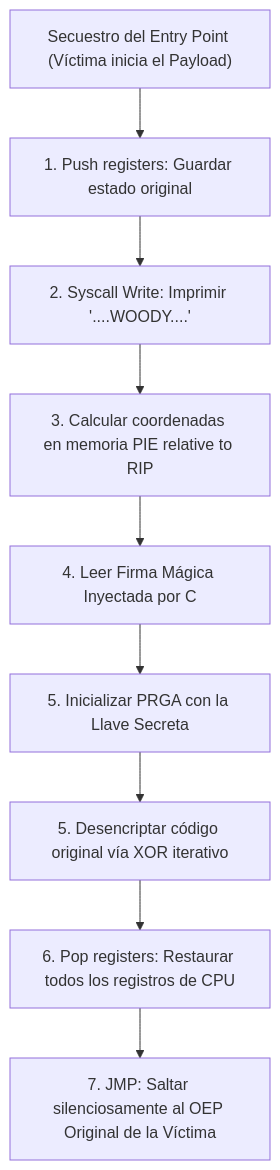
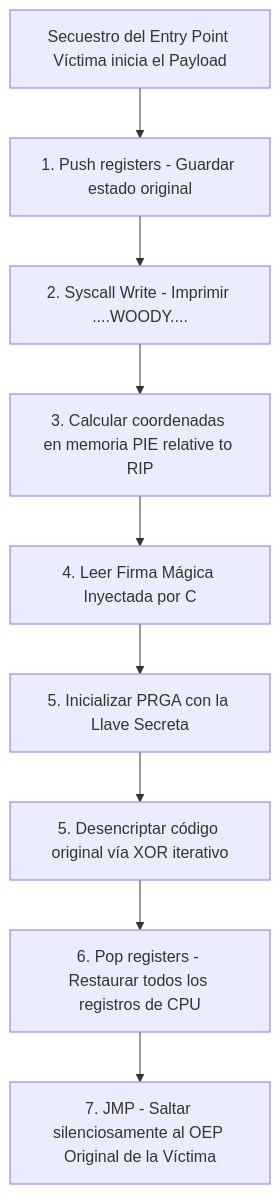
The diagram in code_asm.md (STC71/42_woody-woodpacker), drawn with Mermaid before and after one commit. The commit also changed 2 other files, not shown here.

Commit message:
docs: strictly sanitize mermaid node formatting to bypass GitHub diagram parser limits

````diff
--- a/code_asm.md
+++ b/code_asm.md
@@ -18,11 +18,11 @@
 ```mermaid
 graph TD
-    Start["Secuestro del Entry Point (Víctima inicia el Payload)"] --> A["1. Push registers: Guardar estado original"]
-    A --> B["2. Syscall Write: Imprimir '....WOODY....'"]
-    B --> C["3. Calcular coordenadas en memoria PIE relative to RIP"]
-    C --> D["4. Leer Firma Mágica Inyectada por C"]
-    D --> E["5. Inicializar PRGA con la Llave Secreta"]
-    E --> F["5. Desencriptar código original vía XOR iterativo"]
-    F --> G["6. Pop registers: Restaurar todos los registros de CPU"]
-    G --> H["7. JMP: Saltar silenciosamente al OEP Original de la Víctima"]
+    Start[Secuestro del Entry Point Víctima inicia el Payload] --> A[1. Push registers - Guardar estado original]
+    A --> B[2. Syscall Write - Imprimir ....WOODY....]
+    B --> C[3. Calcular coordenadas en memoria PIE relative to RIP]
+    C --> D[4. Leer Firma Mágica Inyectada por C]
+    D --> E[5. Inicializar PRGA con la Llave Secreta]
+    E --> F[5. Desencriptar código original vía XOR iterativo]
+    F --> G[6. Pop registers - Restaurar todos los registros de CPU]
+    G --> H[7. JMP - Saltar silenciosamente al OEP Original de la Víctima]
 ```
````
